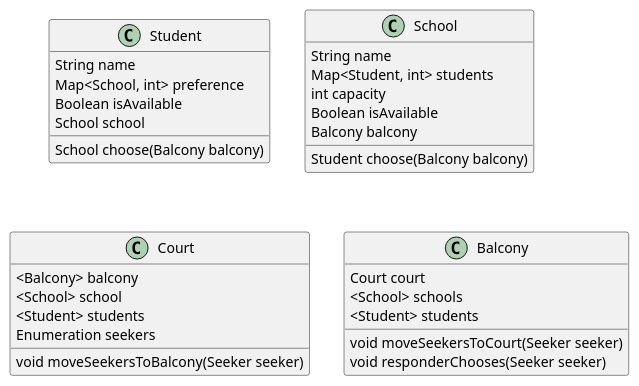
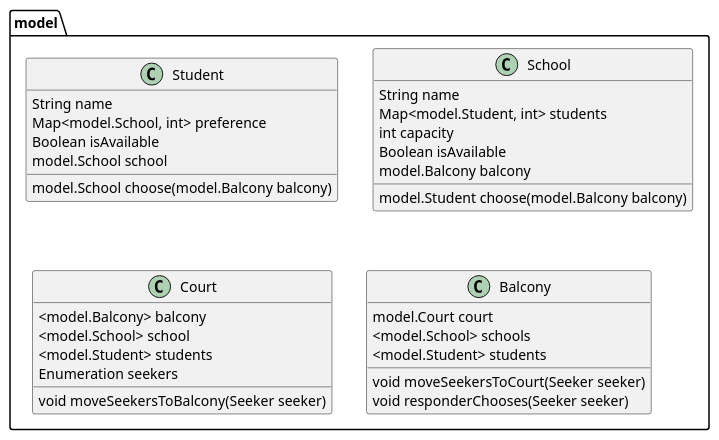
The first of 2 diagrams in README.md (Paul-Arago/Graph-Project-1A), drawn with PlantUML before and after one commit. The commit also changed other lines of this file and 25 other files, not shown here.

````diff
--- a/README.md
+++ b/README.md
@@ -64,37 +72,37 @@
 ```plantuml
 @startuml
-class Student {
+class model.Student {
     String name
-    Map<School, int> preference 
+    Map<model.School, int> preference 
     Boolean isAvailable
-    School school
-    School choose(Balcony balcony)
+    model.School school
+    model.School choose(model.Balcony balcony)
 }
 
-class School {
+class model.School {
     String name
-    Map<Student, int> students
+    Map<model.Student, int> students
     int capacity
     Boolean isAvailable
-    Balcony balcony
-    Student choose(Balcony balcony)
+    model.Balcony balcony
+    model.Student choose(model.Balcony balcony)
 }
 
-class Court {
-    <Balcony> balcony
-    <School> school
-    <Student> students
+class model.Court {
+    <model.Balcony> balcony
+    <model.School> school
+    <model.Student> students
     Enumeration seekers
     void moveSeekersToBalcony(Seeker seeker)
 }
 
-class Balcony {
-    Court court
-    <School> schools
-    <Student> students
+class model.Balcony {
+    model.Court court
+    <model.School> schools
+    <model.Student> students
     void moveSeekersToCourt(Seeker seeker)
     void responderChooses(Seeker seeker)
 }
 
 @enduml
 ```
````
